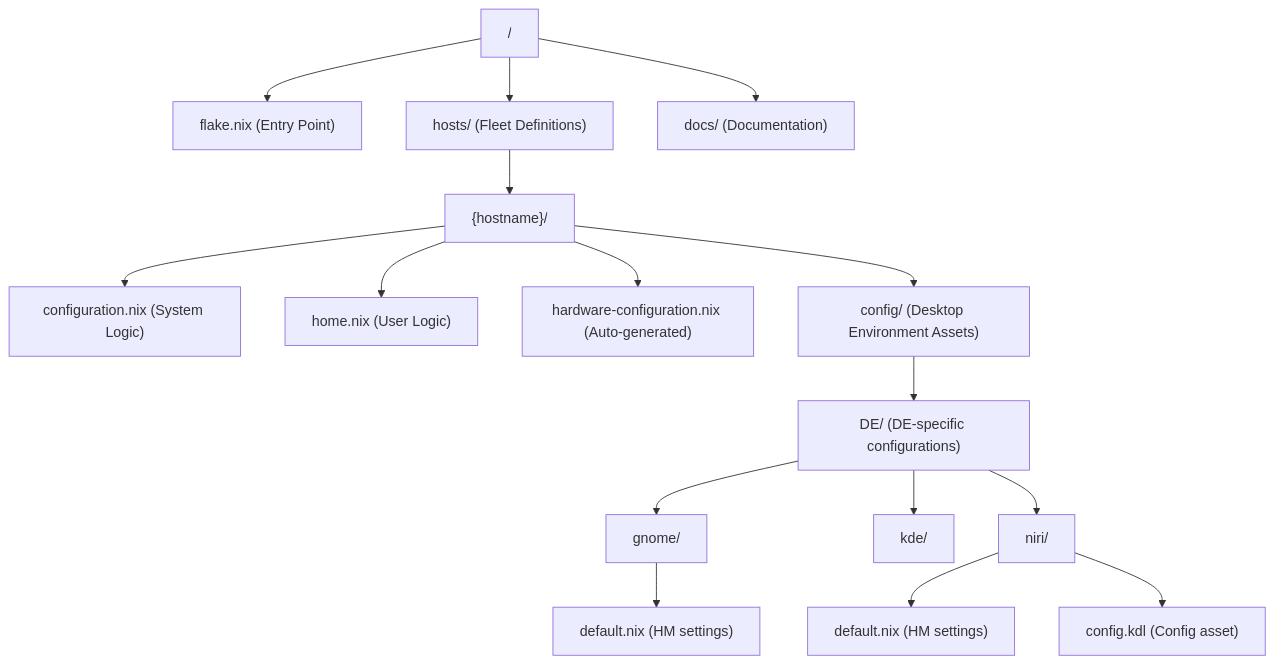
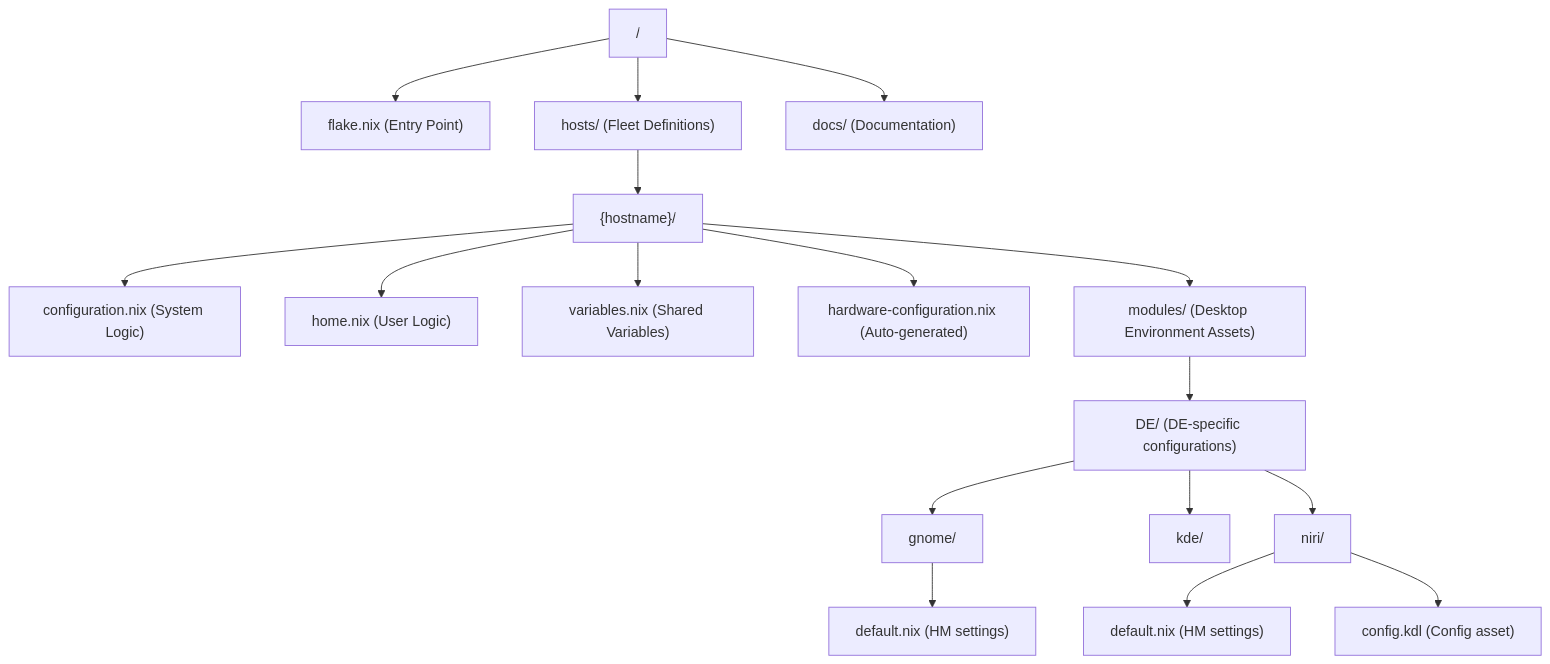
One commit to fal-114514/starter changed the diagram in docs/architecture.ja.md. Above: the diagram before and after it, drawn with Mermaid. The commit also changed other lines of this file and 2 other files, not shown here.

````diff
--- a/docs/architecture.ja.md
+++ b/docs/architecture.ja.md
@@ -7,21 +7,22 @@
 ```mermaid
 graph TD
     Root["/"] --> Flake["flake.nix (Entry Point)"]
     Root --> Hosts["hosts/ (Fleet Definitions)"]
     Root --> Docs["docs/ (Documentation)"]
 
     Hosts --> HostDir["{hostname}/"]
     HostDir --> Config["configuration.nix (System Logic)"]
     HostDir --> Home["home.nix (User Logic)"]
+    HostDir --> Vars["variables.nix (Shared Variables)"]
     HostDir --> HwConfig["hardware-configuration.nix (Auto-generated)"]
-    HostDir --> HostConfigDir["config/ (Desktop Environment Assets)"]
+    HostDir --> HostConfigDir["modules/ (Desktop Environment Assets)"]
 
     HostConfigDir --> DE["DE/ (DE-specific configurations)"]
     DE --> DE_Gnome["gnome/"]
     DE --> DE_Kde["kde/"]
     DE --> DE_Niri["niri/"]
 
     DE_Gnome --> Gnome_Def["default.nix (HM settings)"]
     DE_Niri --> Niri_Def["default.nix (HM settings)"]
     DE_Niri --> Niri_Conf["config.kdl (Config asset)"]
 ```
````
